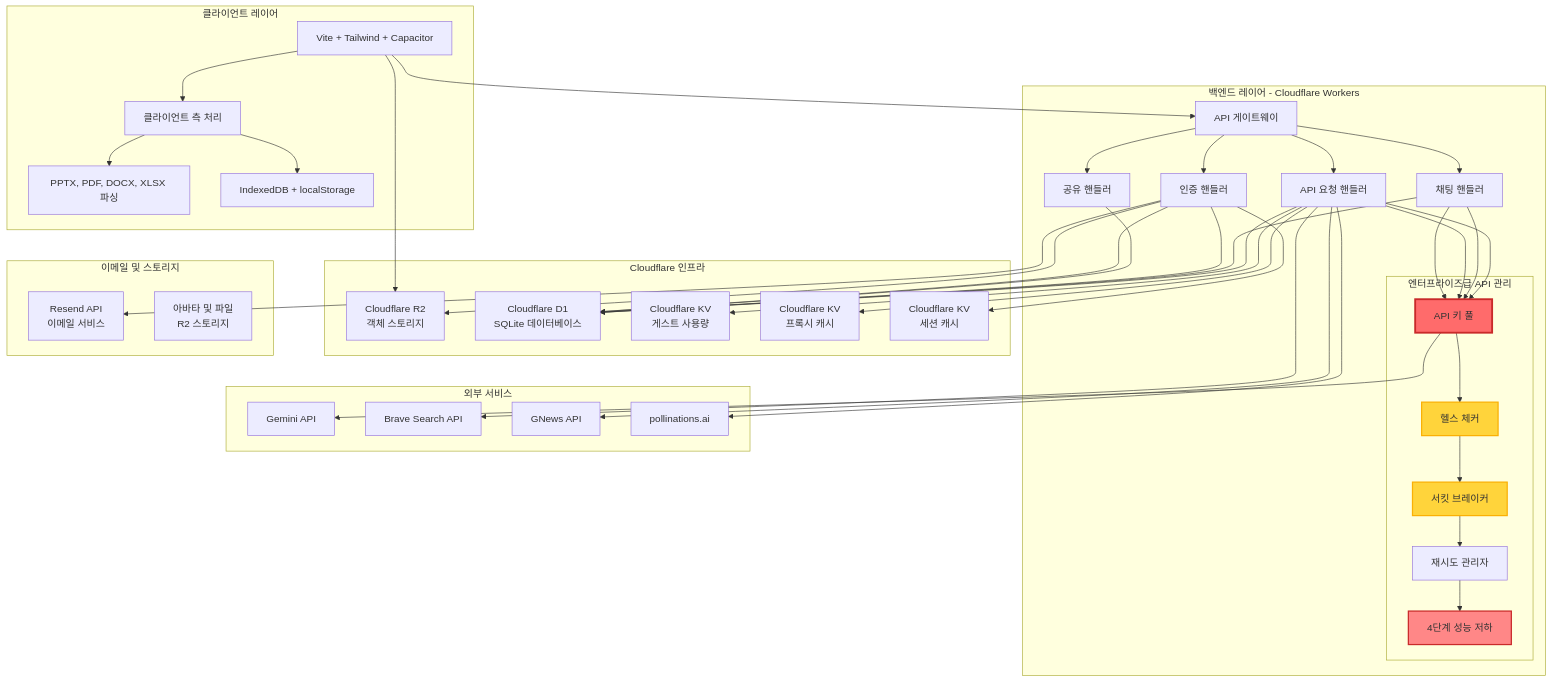
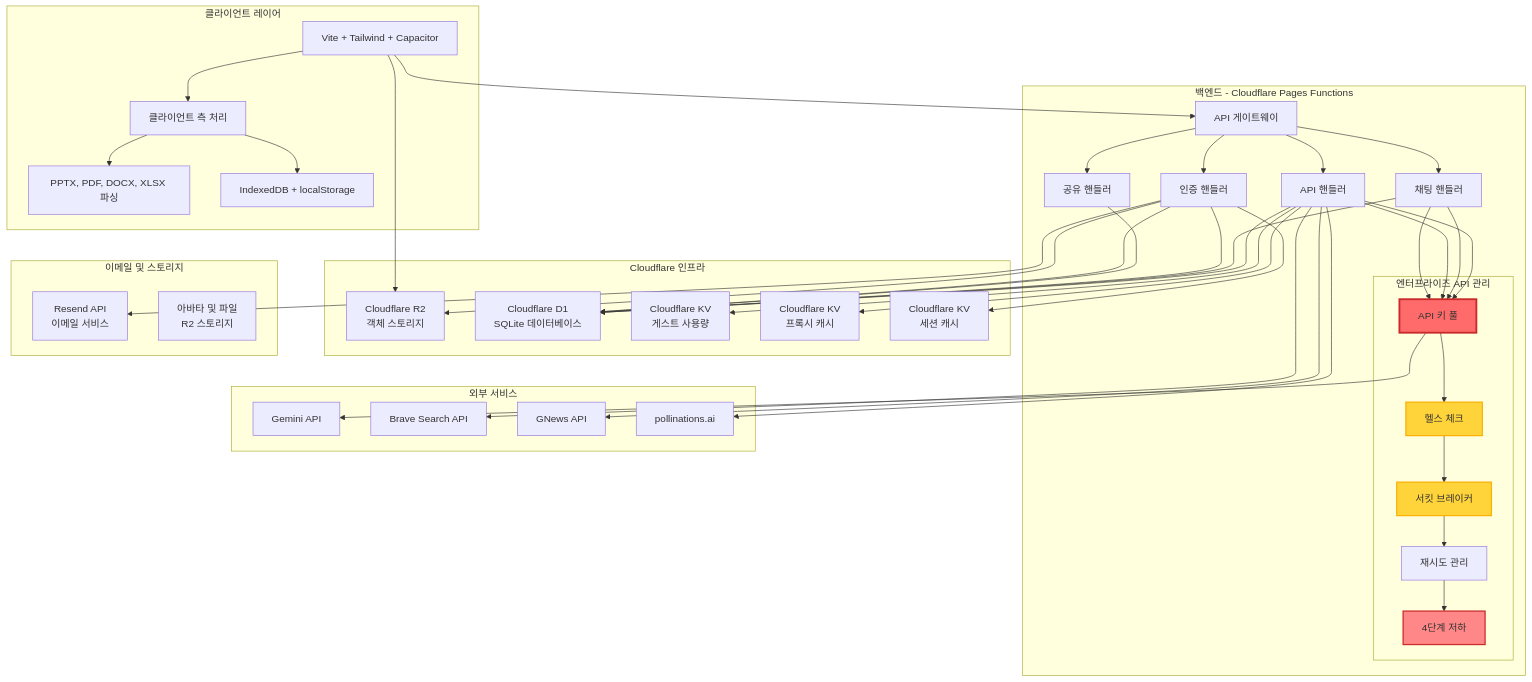
One commit to PandaSI-Labs/littleaibox changed the diagram in docs/README.ko.md. Above: the diagram before and after it, drawn with Mermaid. The commit also changed other lines of this file and 3 other files, not shown here.

```diff
--- a/docs/README.ko.md
+++ b/docs/README.ko.md
@@ -138,23 +138,23 @@
         H --> J
     end
     
-    subgraph "백엔드 레이어 - Cloudflare Workers"
+    subgraph "백엔드 - Cloudflare Pages Functions"
         B[API 게이트웨이]
         B1[인증 핸들러]
         B2[채팅 핸들러]
-        B3[API 요청 핸들러]
+        B3[API 핸들러]
         B4[공유 핸들러]
         B --> B1
         B --> B2
         B --> B3
         B --> B4
         
-        subgraph "엔터프라이즈급 API 관리"
+        subgraph "엔터프라이즈 API 관리"
             B5[API 키 풀]
-            B6[헬스 체커]
+            B6[헬스 체크]
             B7[서킷 브레이커]
-            B8[재시도 관리자]
-            B9[4단계 성능 저하]
+            B8[재시도 관리]
+            B9[4단계 저하]
             B5 --> B6
             B6 --> B7
             B7 --> B8
```
